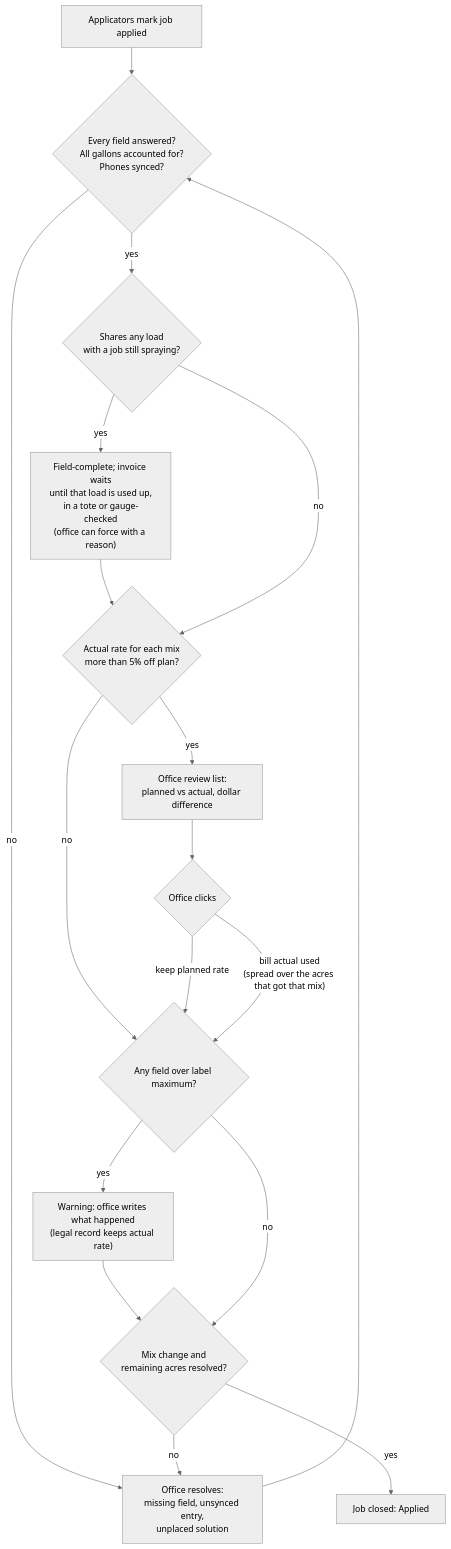
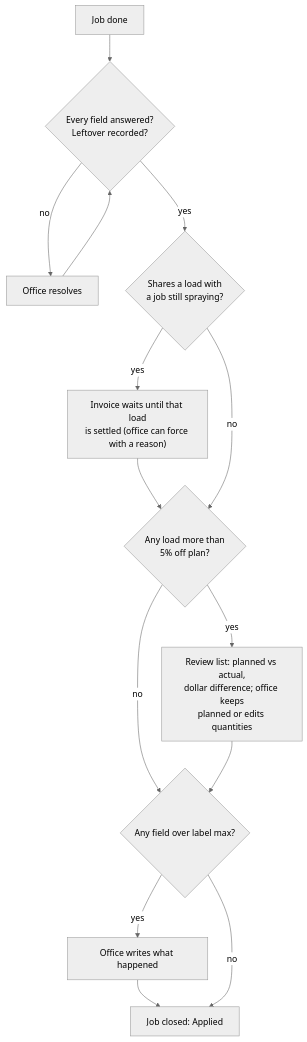
One commit to croprxsolutions/CRX_Manager_V1.0 changed the second of 3 diagrams in docs/plans/field-application/SPEC.md. Above: the diagram before and after it, drawn with Mermaid (neutral theme). The commit also changed other lines of this file and 20 other files, not shown here.

````diff
--- a/docs/plans/field-application/SPEC.md
+++ b/docs/plans/field-application/SPEC.md
@@ -222,16 +151,12 @@
 ```mermaid
 flowchart TD
-  S["Applicators mark job applied"] --> M{"Every field answered?<br/>All gallons accounted for?<br/>Phones synced?"}
-  M -- no --> FIX["Office resolves:<br/>missing field, unsynced entry,<br/>unplaced solution"] --> M
-  M -- yes --> SL{"Shares any load<br/>with a job still spraying?"}
-  SL -- yes --> W["Field-complete; invoice waits<br/>until that load is used up,<br/>in a tote or gauge-checked<br/>(office can force with a reason)"] --> R
-  SL -- no --> R{"Actual rate for each mix<br/>more than 5% off plan?"}
+  S["Job done"] --> M{"Every field answered?<br/>Leftover recorded?"}
+  M -- no --> FIX["Office resolves"] --> M
+  M -- yes --> SL{"Shares a load with<br/>a job still spraying?"}
+  SL -- yes --> W["Invoice waits until that load<br/>is settled (office can force with a reason)"] --> R
+  SL -- no --> R{"Any load more than<br/>5% off plan?"}
   R -- no --> L
-  R -- yes --> O["Office review list:<br/>planned vs actual, dollar difference"] --> C{"Office clicks"}
-  C -- "keep planned rate" --> L
-  C -- "bill actual used<br/>(spread over the acres that got that mix)" --> L
-  L{"Any field over label maximum?"} -- yes --> N["Warning: office writes what happened<br/>(legal record keeps actual rate)"] --> X
-  L -- no --> X{"Mix change and<br/>remaining acres resolved?"}
-  X -- yes --> CL["Job closed: Applied"]
-  X -- no --> FIX
+  R -- yes --> O["Review list: planned vs actual,<br/>dollar difference; office keeps<br/>planned or edits quantities"] --> L
+  L{"Any field over label max?"} -- yes --> N["Office writes what happened"] --> CL
+  L -- no --> CL["Job closed: Applied"]
 ```
````
